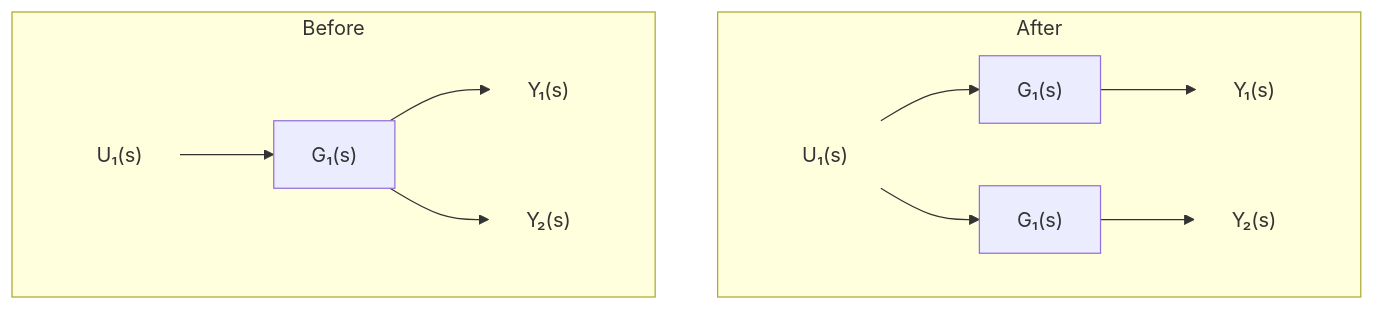
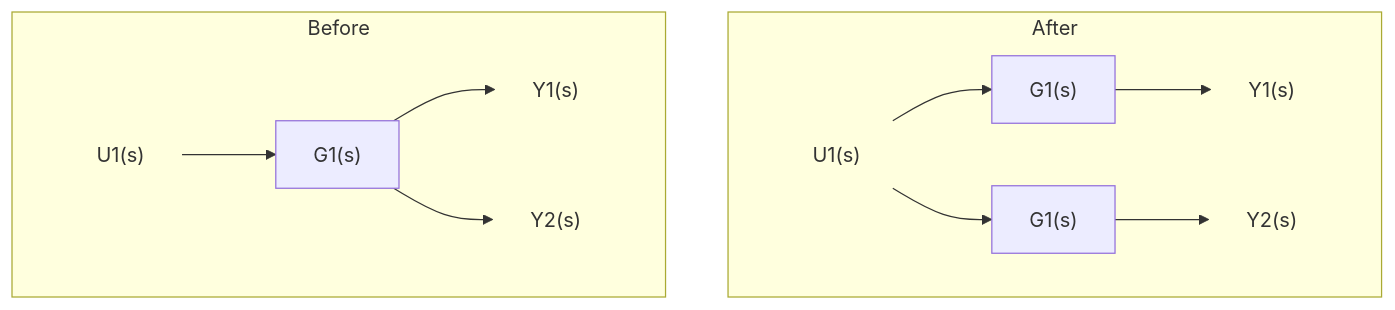
The ninth of 15 diagrams in Lecture-Notes/Week05_Control-System-Modeling-II/Concepts_Lecture.md (Choroning/25Fall_Neural-Network-Control-Systems), drawn with Mermaid before and after one commit. The commit also changed other lines of this file and 25 other files, not shown here.

````diff
--- a/Lecture-Notes/Week05_Control-System-Modeling-II/Concepts_Lecture.md
+++ b/Lecture-Notes/Week05_Control-System-Modeling-II/Concepts_Lecture.md
@@ -766,19 +768,19 @@
 ```mermaid
 flowchart LR
   subgraph B4["Before"]
     direction LR
-    a1["U₁(s)"] --> ag["G₁(s)"]
-    ag --> ay["Y₁(s)"]
-    ag --> a2["Y₂(s)"]
+    a1["U1(s)"] --> ag["G1(s)"]
+    ag --> ay["Y1(s)"]
+    ag --> a2["Y2(s)"]
   end
   subgraph A4["After"]
     direction LR
-    b1["U₁(s)"] --> bg["G₁(s)"]
-    bg --> by["Y₁(s)"]
-    b1 --> bh["G₁(s)"]
-    bh --> b2["Y₂(s)"]
+    b1["U1(s)"] --> bg["G1(s)"]
+    bg --> by["Y1(s)"]
+    b1 --> bh["G1(s)"]
+    bh --> b2["Y2(s)"]
   end
   B4 ~~~ A4
   classDef sig fill:none,stroke:none;
   class a1,a2,ay,b1,b2,by sig;
 ```
````
